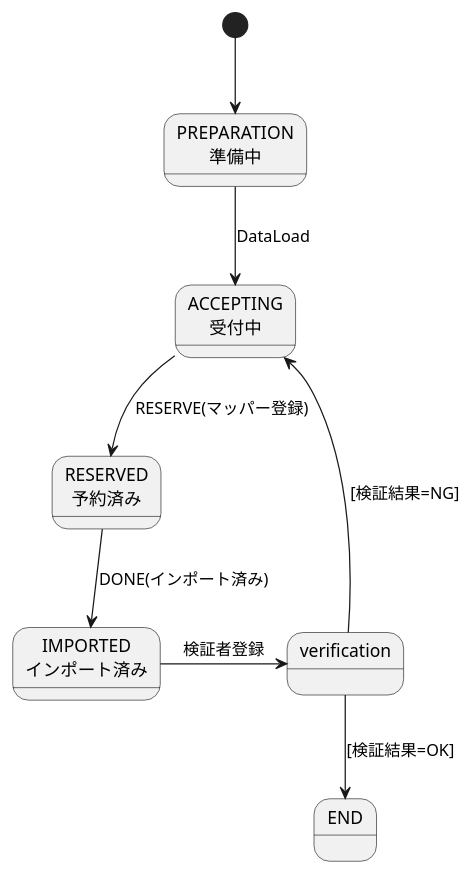
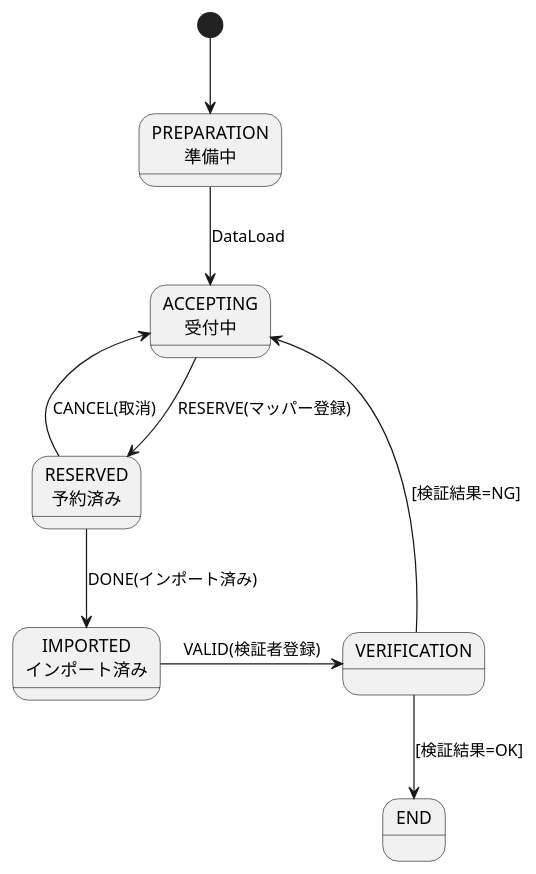
One commit to yuuhayashi/task-bldg changed the diagram in TaskStatus.pu. Above: the diagram before and after it, drawn with PlantUML. The commit also changed 14 other files, not shown here.

```diff
--- a/TaskStatus.pu
+++ b/TaskStatus.pu
@@ -1,23 +1,25 @@
 @startuml
 
 [*] --> PREPARATION
 PREPARATION --> ACCEPTING : DataLoad
 ACCEPTING --> RESERVED	: RESERVE(マッパー登録)
 RESERVED --> IMPORTED	: DONE(インポート済み) 
-IMPORTED -> verification : 検証者登録
-verification --> END	: [検証結果=OK]
-ACCEPTING <-- verification : [検証結果=NG]
+ACCEPTING <-- RESERVED	: CANCEL(取消)
+
+IMPORTED -> VERIFICATION : VALID(検証者登録)
+VERIFICATION --> END	: [検証結果=OK]
+ACCEPTING <-- VERIFICATION : [検証結果=NG]
 
 state "PREPARATION\n準備中" as PREPARATION {
 }
 
 state "ACCEPTING\n受付中" as ACCEPTING {
 }
 
 state "RESERVED\n予約済み" as RESERVED {
 }
 
 state "IMPORTED\nインポート済み" as IMPORTED {
 }
 
 @enduml
```
